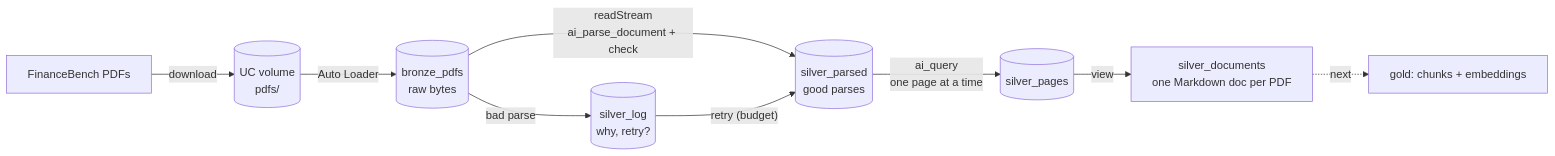
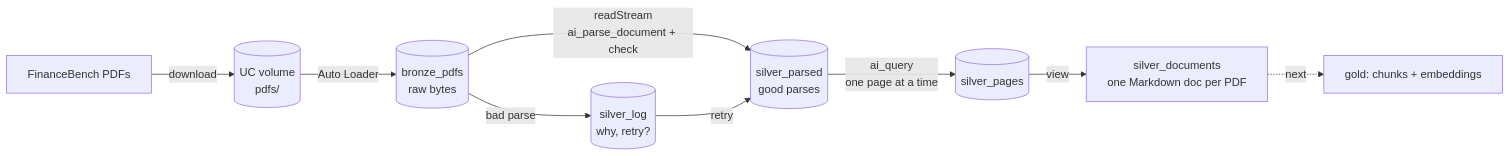
The first of 2 diagrams in README.md (SuddhaswattaMaityUK/dbx-finance-bench-rag), drawn with Mermaid before and after one commit. The commit also changed other lines of this file and 6 other files, not shown here.

````diff
--- a/README.md
+++ b/README.md
@@ -9,11 +9,11 @@
 ```mermaid
 flowchart LR
     A[FinanceBench PDFs] -->|download| V[(UC volume<br/>pdfs/)]
     V -->|Auto Loader| B[(bronze_pdfs<br/>raw bytes)]
     B -->|"readStream<br/>ai_parse_document + check"| P[("silver_parsed<br/>good parses")]
     B -->|"bad parse"| L[("silver_log<br/>why, retry?")]
-    L -->|"retry (budget)"| P
+    L -->|"retry"| P
     P -->|"ai_query<br/>one page at a time"| PG[("silver_pages")]
     PG -->|view| D["silver_documents<br/>one Markdown doc per PDF"]
     D -.->|next| G[gold: chunks + embeddings]
 ```
````
